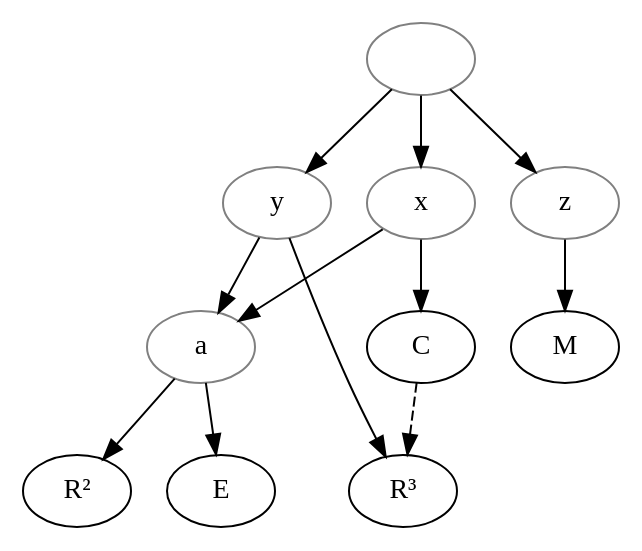
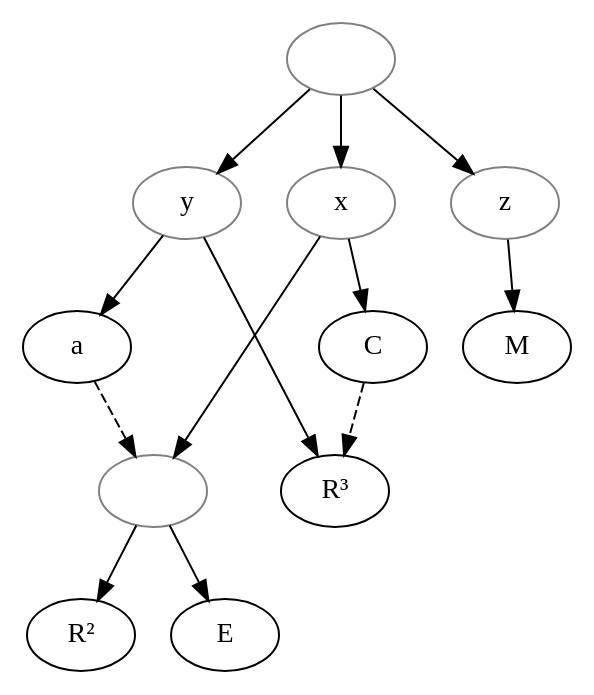
Before and after one commit to OpenStemmata/database: the diagram in data/pro/Stroński_1906_EliasDeBarjolsXIV/stemma.gv, drawn with Graphviz. The commit also changed 15 other files, not shown here.

```diff
--- a/data/pro/Stroński_1906_EliasDeBarjolsXIV/stemma.gv
+++ b/data/pro/Stroński_1906_EliasDeBarjolsXIV/stemma.gv
@@ -1,20 +1,21 @@
 digraph {
 archetype [color="grey", label=" "] ;
 x [color="grey"] ;
 y [color="grey"] ;
 z [color="grey"] ;
-a [color="grey"] ;
 R2 [label="R²"] ;
 R3 [label="R³"] ;
+1[label="", color="grey"];
 archetype -> x ;
 archetype -> y ;
 archetype -> z ;
 x -> C ;
-x -> a ;
-a -> E ;
-a -> R2 ;
+x -> 1;
+1 -> E ;
+1 -> R2 ;
 y -> R3 ;
 y -> a ;
+a->1[style="dashed"] ;
 C -> R3 [style="dashed"];
 z -> M ;
 }
```
